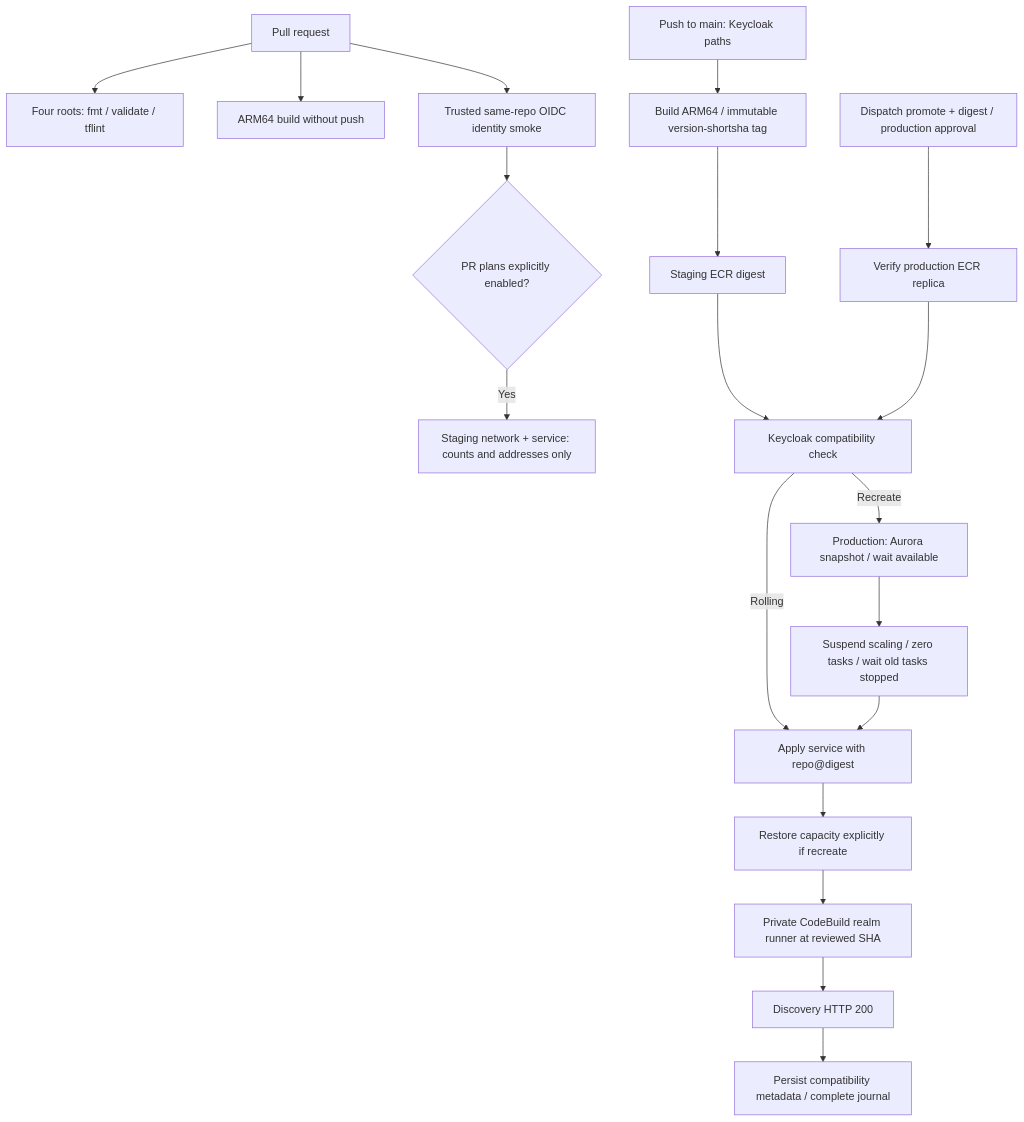
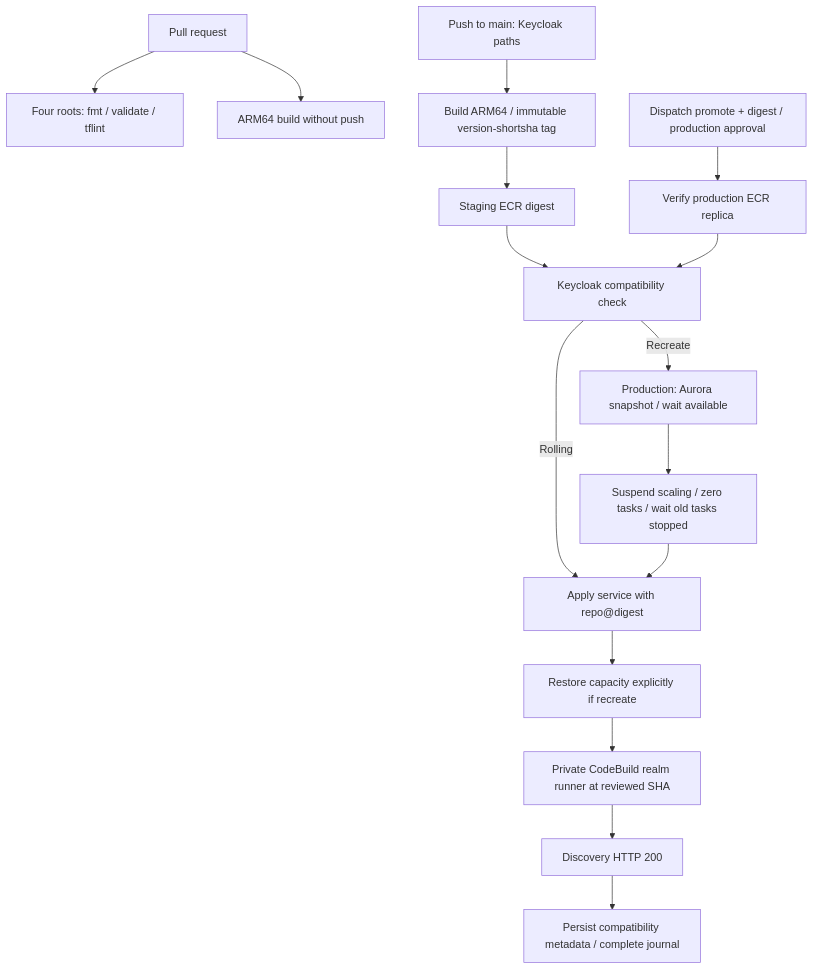
Before and after one commit to learningeconomy/LearnCard: the diagram in infra/keycloak/terraform/README.md, drawn with Mermaid. The commit also changed other lines of this file and 2 other files, not shown here.

````diff
--- a/infra/keycloak/terraform/README.md
+++ b/infra/keycloak/terraform/README.md
@@ -47,21 +47,18 @@
 ```mermaid
 flowchart TD
     PR[Pull request] --> Validate[Four roots: fmt / validate / tflint]
     PR --> Build[ARM64 build without push]
-    PR --> Identity[Trusted same-repo OIDC identity smoke]
-    Identity --> Toggle{PR plans explicitly enabled?}
-    Toggle -->|Yes| Plan[Staging network + service: counts and addresses only]
     Main[Push to main: Keycloak paths] --> ECR[Build ARM64 / immutable version-shortsha tag]
     ECR --> Digest[Staging ECR digest]
     Digest --> Gate[Keycloak compatibility check]
     Promote[Dispatch promote + digest / production approval] --> Replica[Verify production ECR replica]
     Replica --> Gate
     Gate -->|Rolling| Apply[Apply service with repo@digest]
     Gate -->|Recreate| Snapshot[Production: Aurora snapshot / wait available]
     Snapshot --> Stop[Suspend scaling / zero tasks / wait old tasks stopped]
     Stop --> Apply
     Apply --> Restore[Restore capacity explicitly if recreate]
     Restore --> Realm[Private CodeBuild realm runner at reviewed SHA]
     Realm --> Smoke[Discovery HTTP 200]
     Smoke --> Metadata[Persist compatibility metadata / complete journal]
 ```
````
